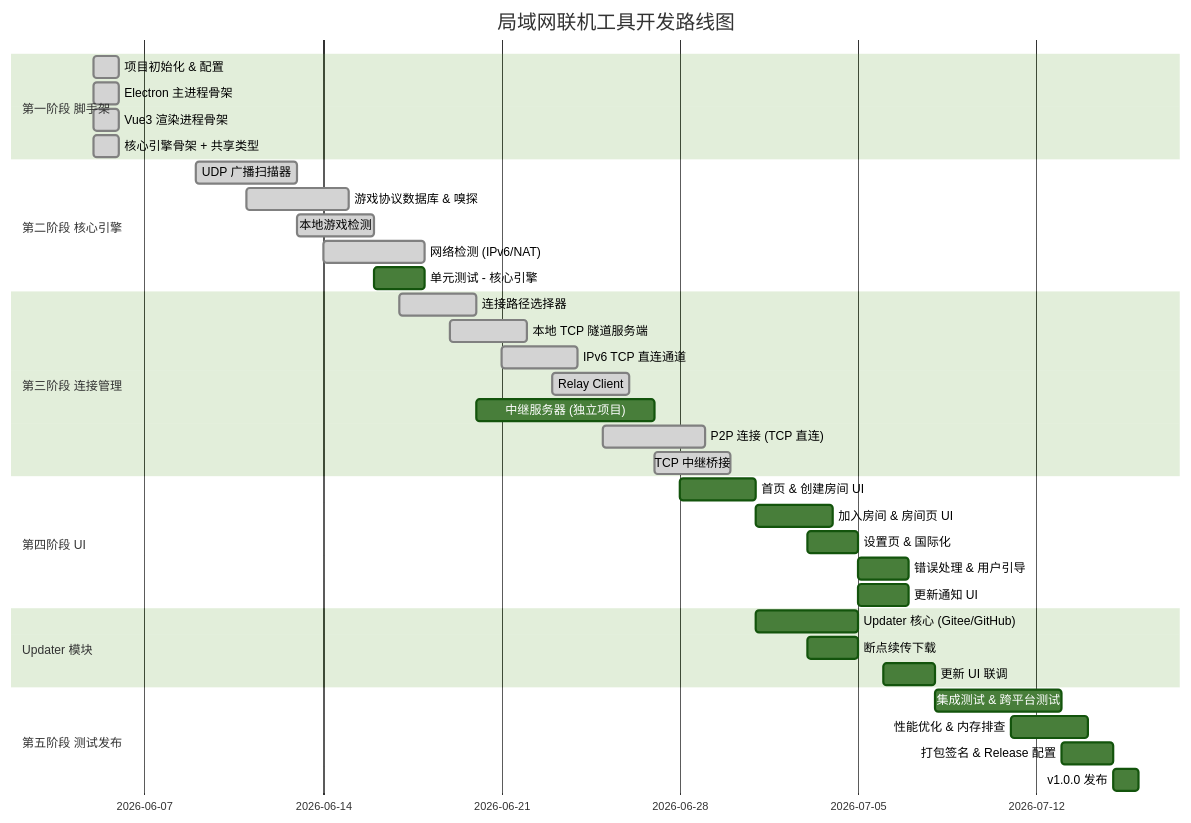
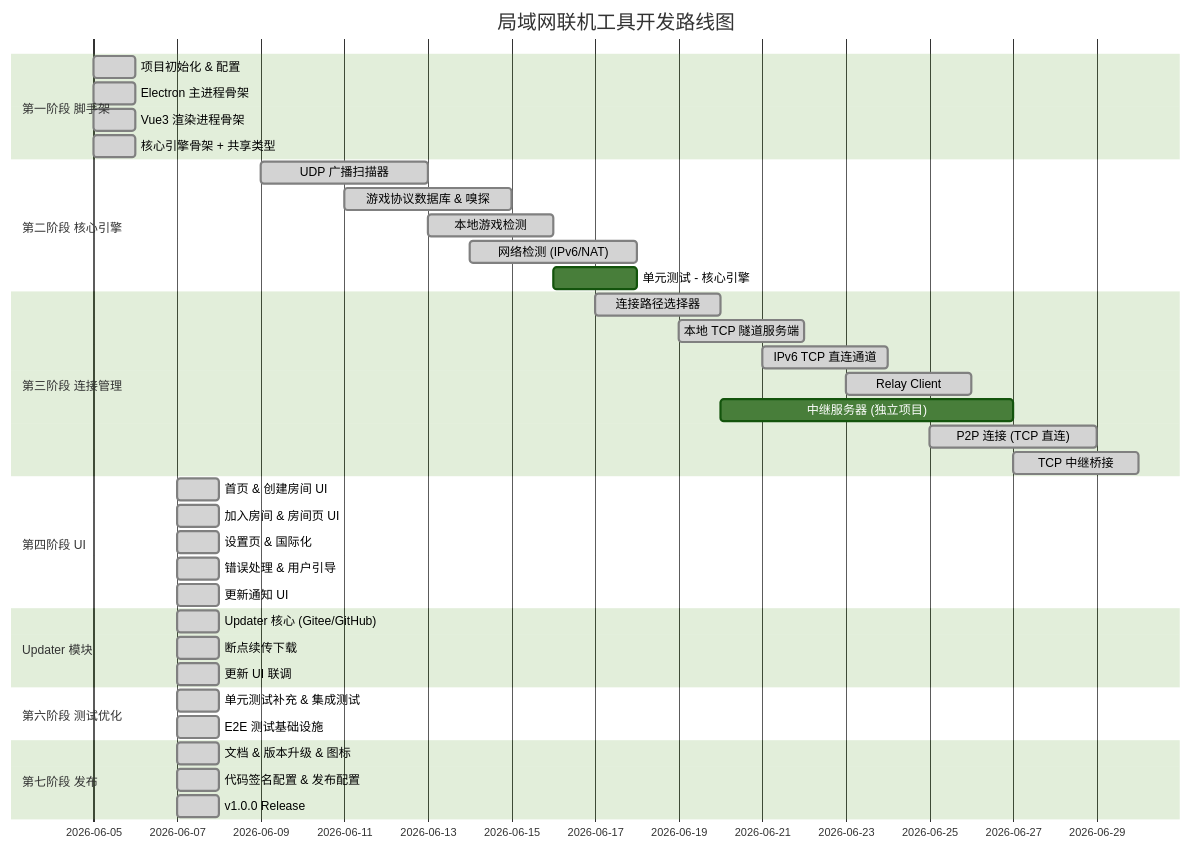
The diagram in docs/开发计划.md (xwms/simple-game-interaction), drawn with Mermaid (forest theme) before and after one commit. The commit also changed other lines of this file and 135 other files, not shown here.

````diff
--- a/docs/开发计划.md
+++ b/docs/开发计划.md
@@ -5,44 +5,47 @@
 ```mermaid
 gantt
     title 局域网联机工具开发路线图
     dateFormat  YYYY-MM-DD
     section 第一阶段 脚手架
     项目初始化 & 配置           :done, 2026-06-05, 1d
     Electron 主进程骨架          :done, 2026-06-05, 1d
     Vue3 渲染进程骨架            :done, 2026-06-05, 1d
     核心引擎骨架 + 共享类型      :done, 2026-06-05, 1d
 
     section 第二阶段 核心引擎
     UDP 广播扫描器              :done, 2026-06-09, 4d
     游戏协议数据库 & 嗅探        :done, 2026-06-11, 4d
     本地游戏检测                :done, 2026-06-13, 3d
     网络检测 (IPv6/NAT)         :done, 2026-06-14, 4d
     单元测试 - 核心引擎          :2026-06-16, 2d
 
     section 第三阶段 连接管理
     连接路径选择器              :done, 2026-06-17, 3d
     本地 TCP 隧道服务端          :done, 2026-06-19, 3d
     IPv6 TCP 直连通道           :done, 2026-06-21, 3d
     Relay Client               :done, 2026-06-23, 3d
     中继服务器 (独立项目)        :2026-06-20, 7d
     P2P 连接 (TCP 直连)         :done, 2026-06-25, 4d
     TCP 中继桥接                :done, 2026-06-27, 3d
 
     section 第四阶段 UI
-    首页 & 创建房间 UI           :2026-06-28, 3d
-    加入房间 & 房间页 UI         :2026-07-01, 3d
-    设置页 & 国际化              :2026-07-03, 2d
-    错误处理 & 用户引导          :2026-07-05, 2d
-    更新通知 UI                 :2026-07-05, 2d
+    首页 & 创建房间 UI           :done, 2026-06-07, 1d
+    加入房间 & 房间页 UI         :done, 2026-06-07, 1d
+    设置页 & 国际化              :done, 2026-06-07, 1d
+    错误处理 & 用户引导          :done, 2026-06-07, 1d
+    更新通知 UI                 :done, 2026-06-07, 1d
 
     section Updater 模块
-    Updater 核心 (Gitee/GitHub)  :2026-07-01, 4d
-    断点续传下载                  :2026-07-03, 2d
-    更新 UI 联调                 :2026-07-06, 2d
+    Updater 核心 (Gitee/GitHub)  :done, 2026-06-07, 1d
+    断点续传下载                  :done, 2026-06-07, 1d
+    更新 UI 联调                 :done, 2026-06-07, 1d
 
-    section 第五阶段 测试发布
-    集成测试 & 跨平台测试        :2026-07-08, 5d
-    性能优化 & 内存排查          :2026-07-11, 3d
-    打包签名 & Release 配置      :2026-07-13, 2d
-    v1.0.0 发布                 :2026-07-15, 1d
+    section 第六阶段 测试优化
+    单元测试补充 & 集成测试       :done, 2026-06-07, 1d
+    E2E 测试基础设施              :done, 2026-06-07, 1d
+
+    section 第七阶段 发布
+    文档 & 版本升级 & 图标       :done, 2026-06-07, 1d
+    代码签名配置 & 发布配置      :done, 2026-06-07, 1d
+    v1.0.0 Release               :done, 2026-06-07, 1d
 ```
````
